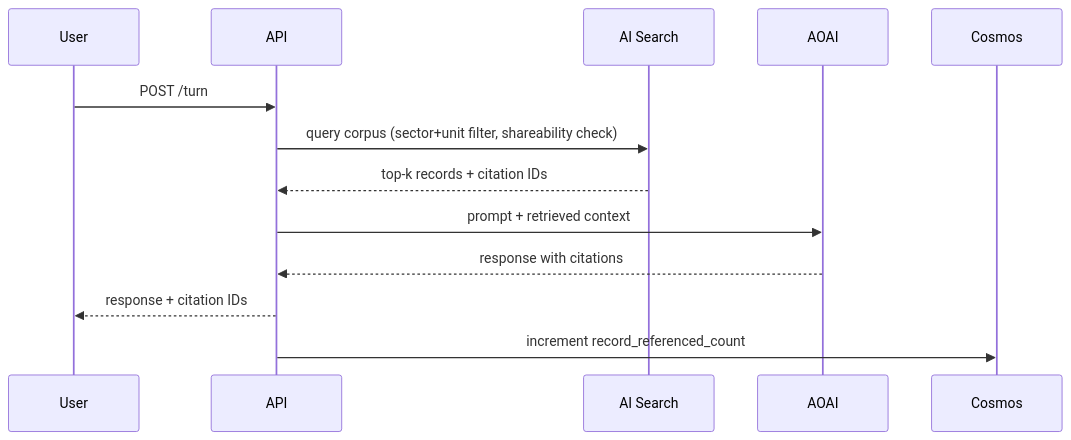
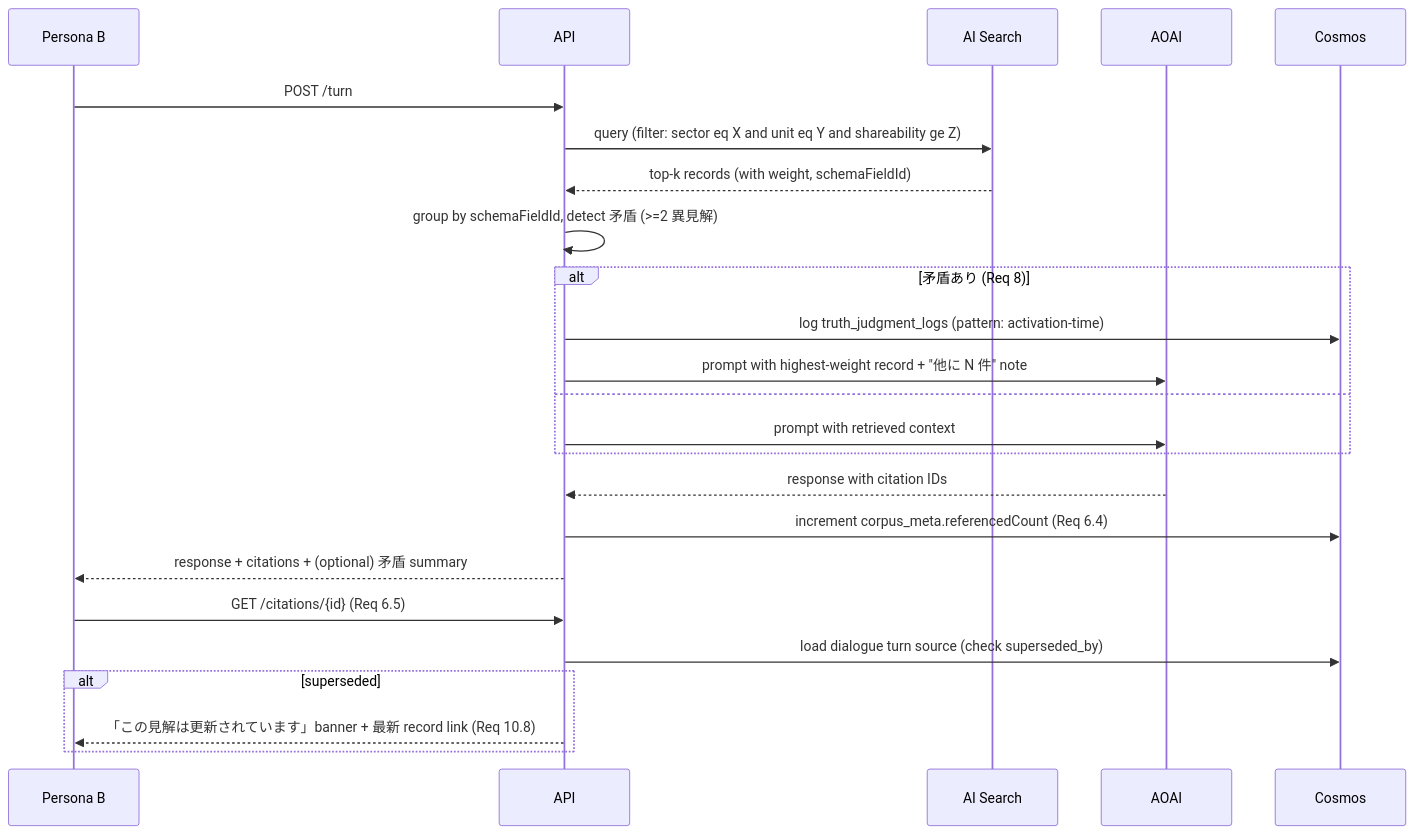
Before and after one commit to aiclub-labs/zenn-hack2026: the third of 5 diagrams in .kiro/specs/dialogue-delta-formalization/design.md, drawn with Mermaid. The commit also changed other lines of this file and 158 other files, not shown here.

````diff
--- a/.kiro/specs/dialogue-delta-formalization/design.md
+++ b/.kiro/specs/dialogue-delta-formalization/design.md
@@ -137,14 +369,27 @@
 ```mermaid
 sequenceDiagram
-    participant U as User
+    participant U as Persona B
     participant API
-    participant S as AI Search
+    participant Search as AI Search
     participant AOAI
+    participant Cosmos
+
     U->>API: POST /turn
-    API->>S: query corpus (sector+unit filter, shareability check)
-    S-->>API: top-k records + citation IDs
-    API->>AOAI: prompt + retrieved context
-    AOAI-->>API: response with citations
-    API-->>U: response + citation IDs
-    API->>Cosmos: increment record_referenced_count
+    API->>Search: query (filter: sector eq X and unit eq Y and shareability ge Z)
+    Search-->>API: top-k records (with weight, schemaFieldId)
+    API->>API: group by schemaFieldId, detect 矛盾 (>=2 異見解)
+    alt 矛盾あり (Req 8)
+        API->>Cosmos: log truth_judgment_logs (pattern: activation-time)
+        API->>AOAI: prompt with highest-weight record + "他に N 件" note
+    else
+        API->>AOAI: prompt with retrieved context
+    end
+    AOAI-->>API: response with citation IDs
+    API->>Cosmos: increment corpus_meta.referencedCount (Req 6.4)
+    API-->>U: response + citations + (optional) 矛盾 summary
+    U->>API: GET /citations/{id} (Req 6.5)
+    API->>Cosmos: load dialogue turn source (check superseded_by)
+    alt superseded
+        API-->>U: 「この見解は更新されています」banner + 最新 record link (Req 10.8)
+    end
 ```
````
